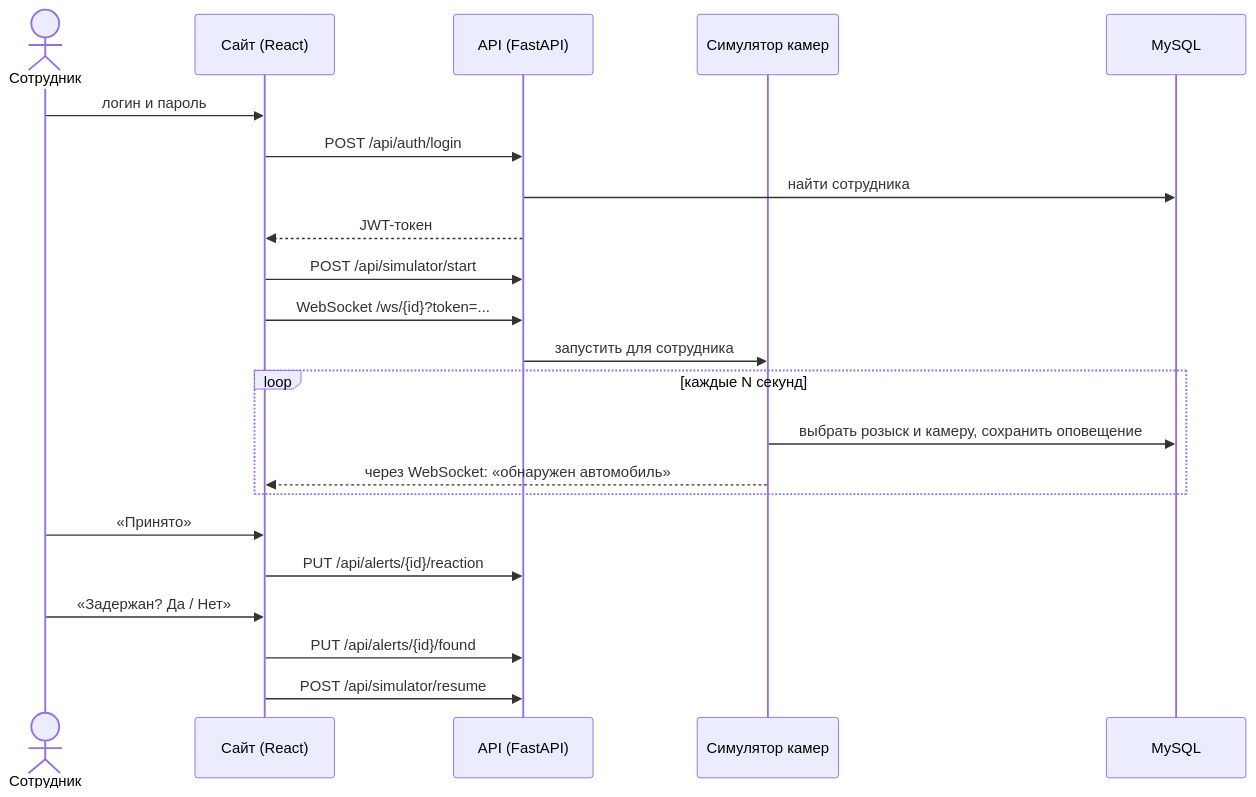
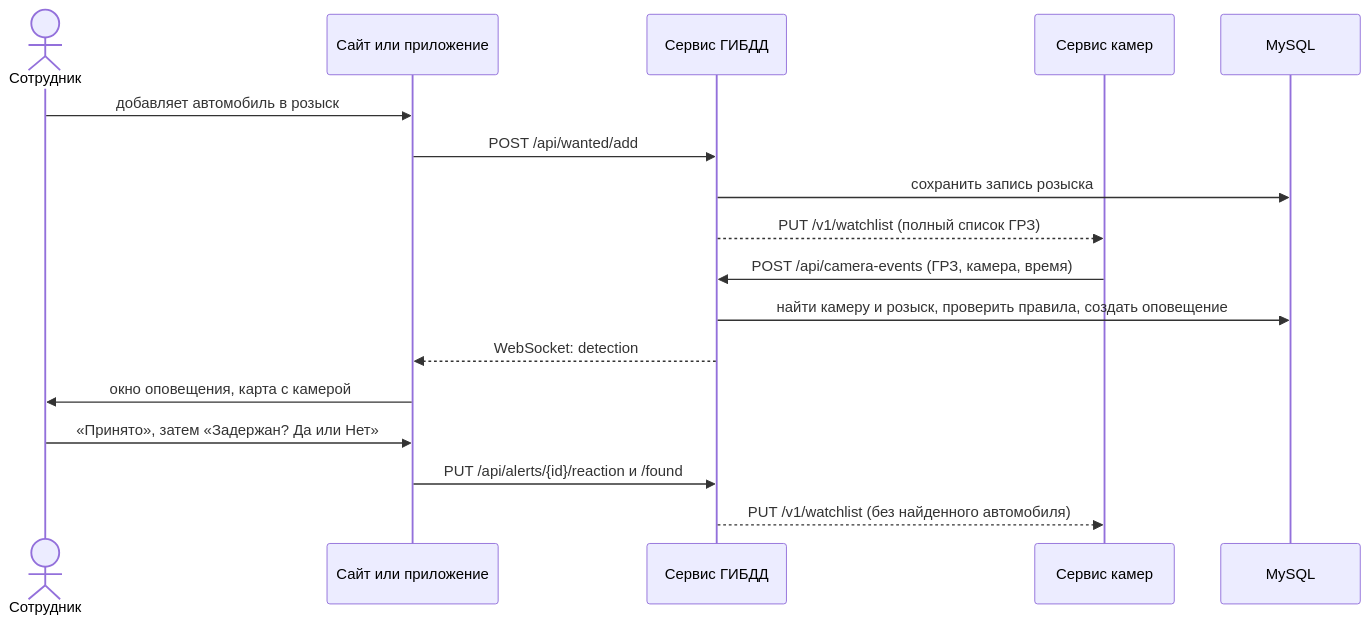
Before and after one commit to BelozerovaA/gibdd-system: the second of 2 diagrams in README.md, drawn with Mermaid. The commit also changed other lines of this file and 180 other files, not shown here.

````diff
--- a/README.md
+++ b/README.md
@@ -33,24 +45,20 @@
 ```mermaid
 sequenceDiagram
-    actor U as Сотрудник
-    participant W as Сайт (React)
-    participant A as API (FastAPI)
-    participant S as Симулятор камер
+    actor E as Сотрудник
+    participant W as Сайт или приложение
+    participant G as Сервис ГИБДД
+    participant K as Сервис камер
     participant D as MySQL
-    U->>W: логин и пароль
-    W->>A: POST /api/auth/login
-    A->>D: найти сотрудника
-    A-->>W: JWT-токен
-    W->>A: POST /api/simulator/start
-    W->>A: WebSocket /ws/{id}?token=...
-    A->>S: запустить для сотрудника
-    loop каждые N секунд
-        S->>D: выбрать розыск и камеру, сохранить оповещение
-        S-->>W: через WebSocket: «обнаружен автомобиль»
-    end
-    U->>W: «Принято»
-    W->>A: PUT /api/alerts/{id}/reaction
-    U->>W: «Задержан? Да / Нет»
-    W->>A: PUT /api/alerts/{id}/found
-    W->>A: POST /api/simulator/resume
+
+    E->>W: добавляет автомобиль в розыск
+    W->>G: POST /api/wanted/add
+    G->>D: сохранить запись розыска
+    G-->>K: PUT /v1/watchlist (полный список ГРЗ)
+    K->>G: POST /api/camera-events (ГРЗ, камера, время)
+    G->>D: найти камеру и розыск, проверить правила, создать оповещение
+    G-->>W: WebSocket: detection
+    W->>E: окно оповещения, карта с камерой
+    E->>W: «Принято», затем «Задержан? Да или Нет»
+    W->>G: PUT /api/alerts/{id}/reaction и /found
+    G-->>K: PUT /v1/watchlist (без найденного автомобиля)
 ```
````
